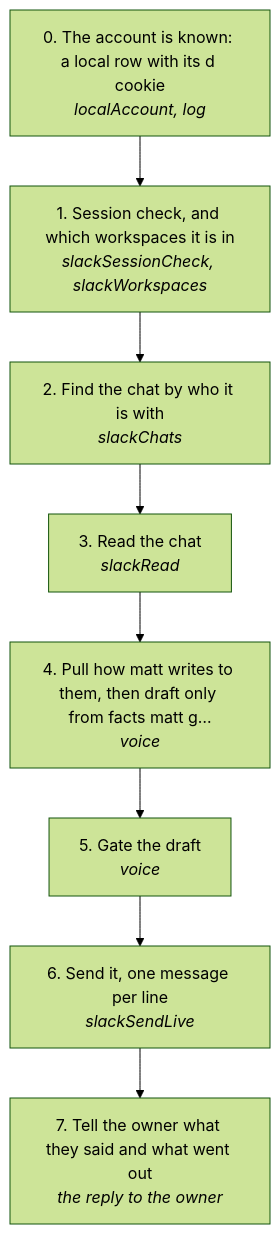
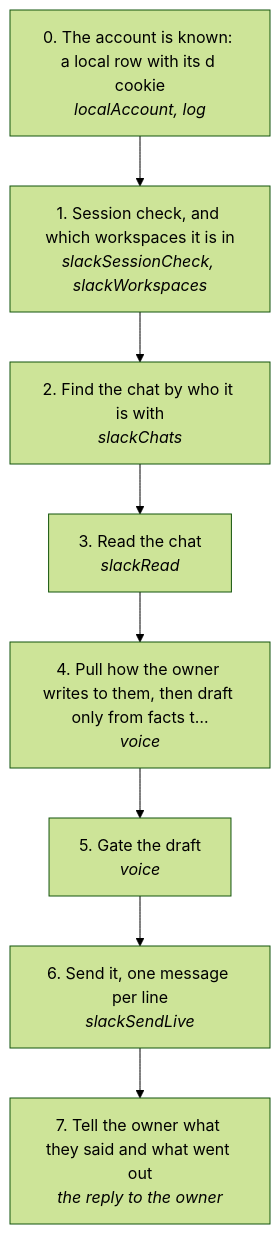
One commit to matthewdonsemail-lab/log changed the diagram in docs/useCases/slack/dmReply.md. Above: the diagram before and after it, drawn with Mermaid (forest theme). The commit also changed other lines of this file and 267 other files, not shown here.

````diff
--- a/docs/useCases/slack/dmReply.md
+++ b/docs/useCases/slack/dmReply.md
@@ -14,18 +14,18 @@
 ```mermaid
 flowchart TD
   s0["0. The account is known: a local row with its d cookie<br/><i>localAccount, log</i>"]
   s1["1. Session check, and which workspaces it is in<br/><i>slackSessionCheck, slackWorkspaces</i>"]
   s2["2. Find the chat by who it is with<br/><i>slackChats</i>"]
   s3["3. Read the chat<br/><i>slackRead</i>"]
-  s4["4. Pull how matt writes to them, then draft only from facts matt g…<br/><i>voice</i>"]
+  s4["4. Pull how the owner writes to them, then draft only from facts t…<br/><i>voice</i>"]
   s5["5. Gate the draft<br/><i>voice</i>"]
   s6["6. Send it, one message per line<br/><i>slackSendLive</i>"]
   s7["7. Tell the owner what they said and what went out<br/><i>the reply to the owner</i>"]
   s0 --> s1
   s1 --> s2
   s2 --> s3
   s3 --> s4
   s4 --> s5
   s5 --> s6
   s6 --> s7
 ```
````
